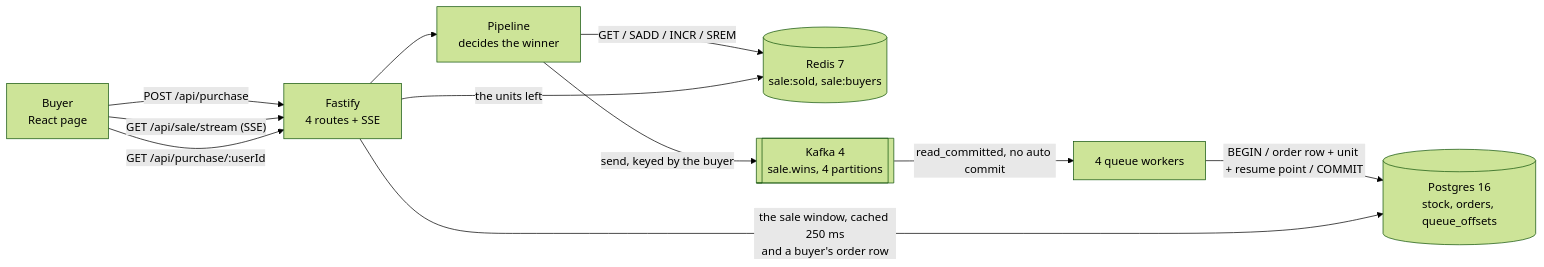
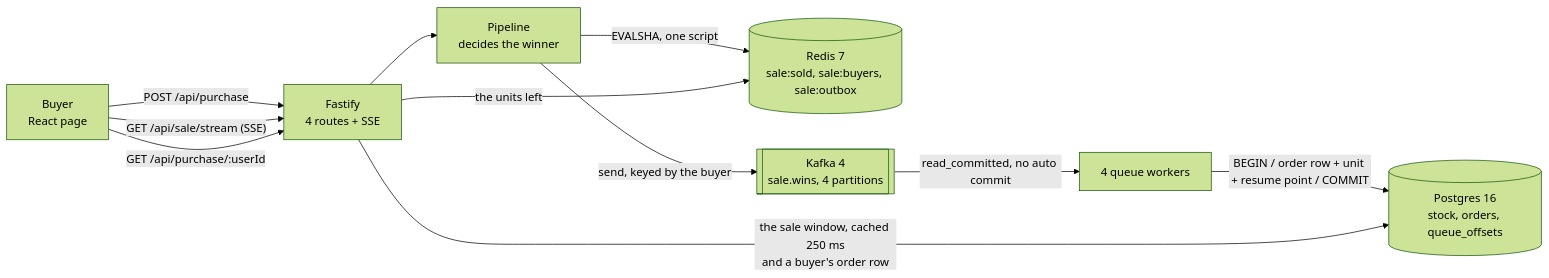
Before and after one commit to fairyhunter13/flash-sale: the diagram in README.md, drawn with Mermaid (forest theme). The commit also changed other lines of this file and 5 other files, not shown here.

First line of the commit message:
Close the reserve loss with one Redis script and an outbox

````diff
--- a/README.md
+++ b/README.md
@@ -76,21 +76,21 @@
 ```mermaid
 flowchart LR
     B["Buyer<br/>React page"]
     F["Fastify<br/>4 routes + SSE"]
     PL["Pipeline<br/>decides the winner"]
-    R[("Redis 7<br/>sale:sold, sale:buyers")]
+    R[("Redis 7<br/>sale:sold, sale:buyers, sale:outbox")]
     K[["Kafka 4<br/>sale.wins, 4 partitions"]]
     W["4 queue workers"]
     P[("Postgres 16<br/>stock, orders, queue_offsets")]
 
     B -- "POST /api/purchase" --> F
     B -- "GET /api/sale/stream (SSE)" --> F
     B -- "GET /api/purchase/:userId" --> F
     F --> PL
-    PL -- "GET / SADD / INCR / SREM" --> R
+    PL -- "EVALSHA, one script" --> R
     PL -- "send, keyed by the buyer" --> K
     K -- "read_committed, no auto commit" --> W
     W -- "BEGIN / order row + unit + resume point / COMMIT" --> P
     F -- "the units left" --> R
     F -- "the sale window, cached 250 ms<br/>and a buyer's order row" --> P
 ```
````
